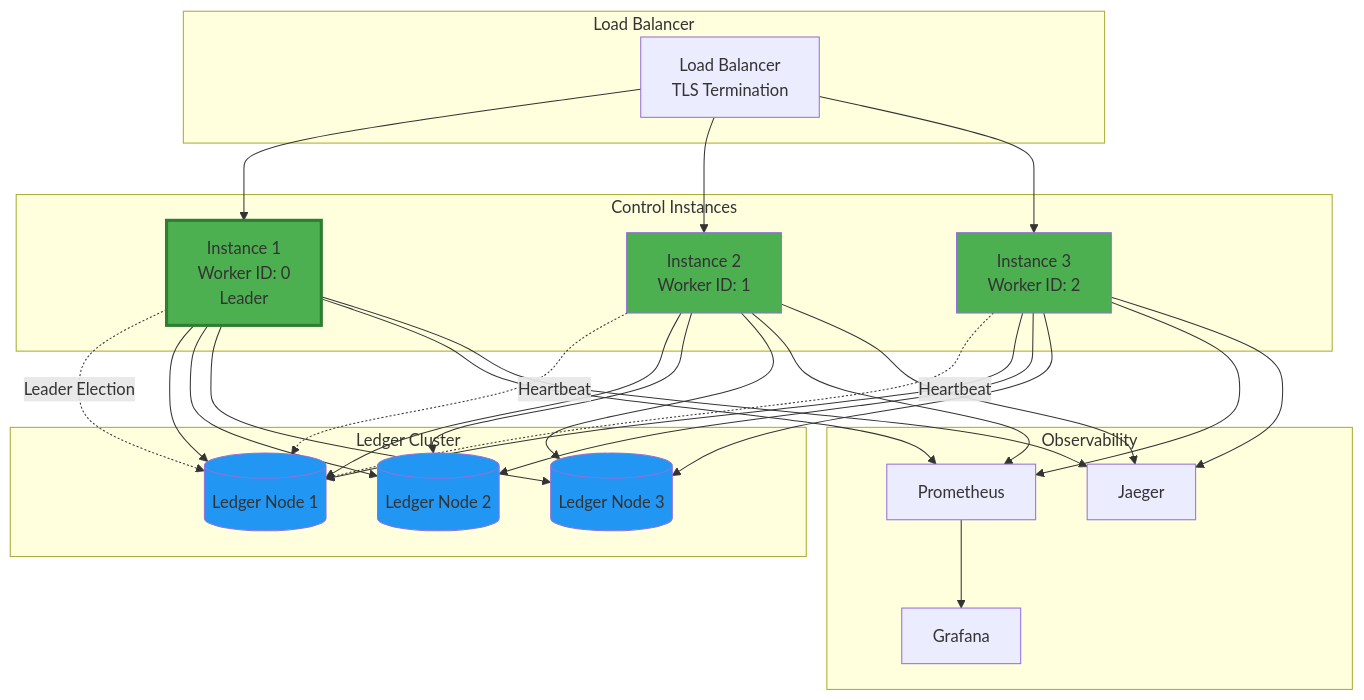
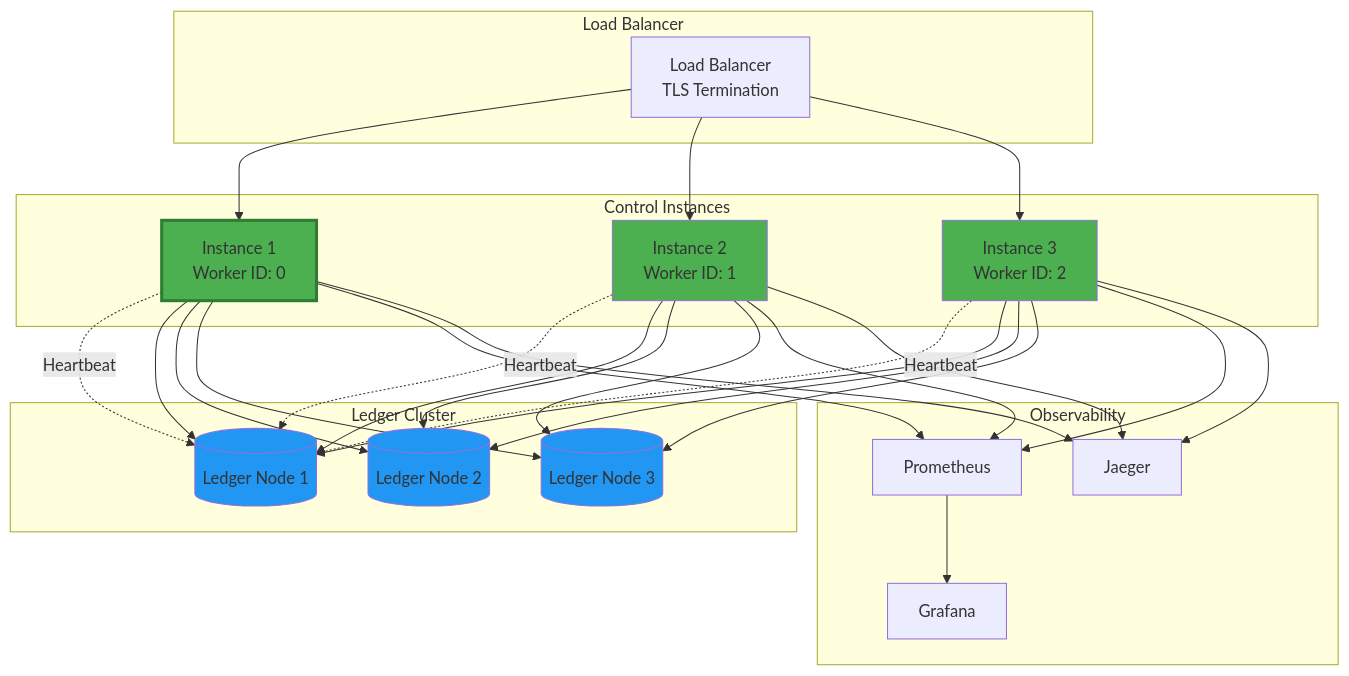
The third of 10 diagrams in docs/architecture.md (inferadb/control), drawn with Mermaid before and after one commit. The commit also changed other lines of this file and 23 other files, not shown here.

Commit message:
feat: leader election → ledger gc

````diff
--- a/docs/architecture.md
+++ b/docs/architecture.md
@@ -122,61 +122,61 @@
 ```mermaid
 graph TB
     subgraph "Load Balancer"
         LB[Load Balancer<br/>TLS Termination]
     end
 
     subgraph "Control Instances"
-        API1[Instance 1<br/>Worker ID: 0<br/>Leader]
+        API1[Instance 1<br/>Worker ID: 0]
         API2[Instance 2<br/>Worker ID: 1]
         API3[Instance 3<br/>Worker ID: 2]
     end
 
     subgraph "Ledger Cluster"
         Ledger1[(Ledger Node 1)]
         Ledger2[(Ledger Node 2)]
         Ledger3[(Ledger Node 3)]
     end
 
     subgraph "Observability"
         Prom[Prometheus]
         Jaeger[Jaeger]
         Grafana[Grafana]
     end
 
     LB --> API1
     LB --> API2
     LB --> API3
 
-    API1 -.Leader Election.-> Ledger1
+    API1 -.Heartbeat.-> Ledger1
     API2 -.Heartbeat.-> Ledger1
     API3 -.Heartbeat.-> Ledger1
 
     API1 --> Ledger1
     API1 --> Ledger2
     API1 --> Ledger3
 
     API2 --> Ledger1
     API2 --> Ledger2
     API2 --> Ledger3
 
     API3 --> Ledger1
     API3 --> Ledger2
     API3 --> Ledger3
 
     API1 --> Prom
     API2 --> Prom
     API3 --> Prom
 
     API1 --> Jaeger
     API2 --> Jaeger
     API3 --> Jaeger
 
     Prom --> Grafana
 
     style API1 fill:#4CAF50,stroke:#2E7D32,stroke-width:3px
     style API2 fill:#4CAF50
     style API3 fill:#4CAF50
     style Ledger1 fill:#2196F3
     style Ledger2 fill:#2196F3
     style Ledger3 fill:#2196F3
 ```
````
